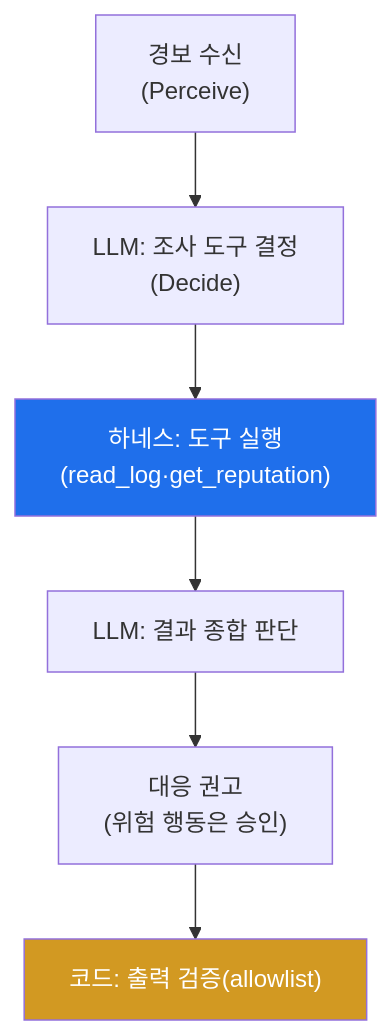
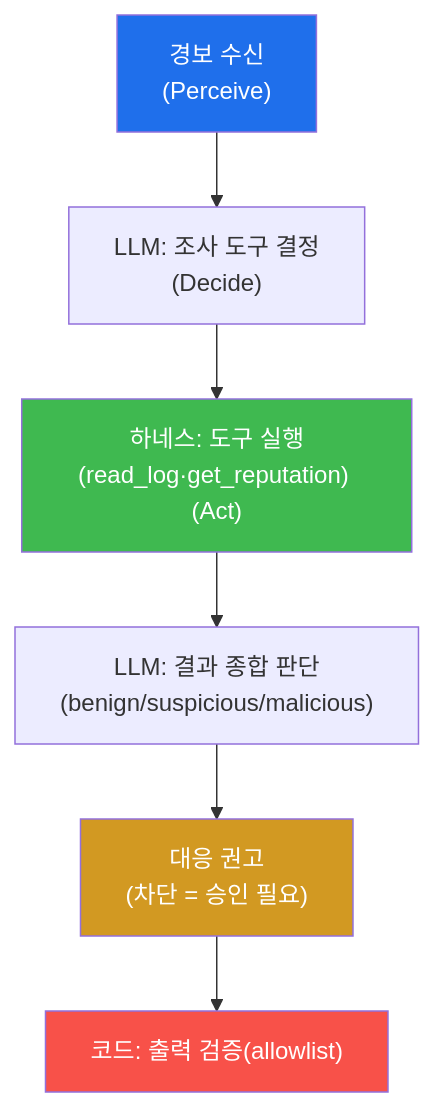
One commit to mrgrit/tw2 changed the second of 9 diagrams in contents/training/aisec/lecture_week08.md. Above: the diagram before and after it, drawn with Mermaid. The commit also changed other lines of this file and 304 other files, not shown here.

````diff
--- a/contents/training/aisec/lecture_week08.md
+++ b/contents/training/aisec/lecture_week08.md
@@ -58,10 +100,12 @@
 ```mermaid
 graph TD
     A["경보 수신<br/>(Perceive)"] --> D1["LLM: 조사 도구 결정<br/>(Decide)"]
-    D1 --> RUN["하네스: 도구 실행<br/>(read_log·get_reputation)"]
-    RUN --> D2["LLM: 결과 종합 판단"]
-    D2 --> REC["대응 권고<br/>(위험 행동은 승인)"]
+    D1 --> RUN["하네스: 도구 실행<br/>(read_log·get_reputation) (Act)"]
+    RUN --> D2["LLM: 결과 종합 판단<br/>(benign/suspicious/malicious)"]
+    D2 --> REC["대응 권고<br/>(차단 = 승인 필요)"]
     REC --> CHK["코드: 출력 검증(allowlist)"]
-    style RUN fill:#1f6feb,color:#fff
-    style CHK fill:#d29922,color:#fff
+    style A fill:#1f6feb,color:#fff
+    style RUN fill:#3fb950,color:#fff
+    style REC fill:#d29922,color:#fff
+    style CHK fill:#f85149,color:#fff
 ```
````
